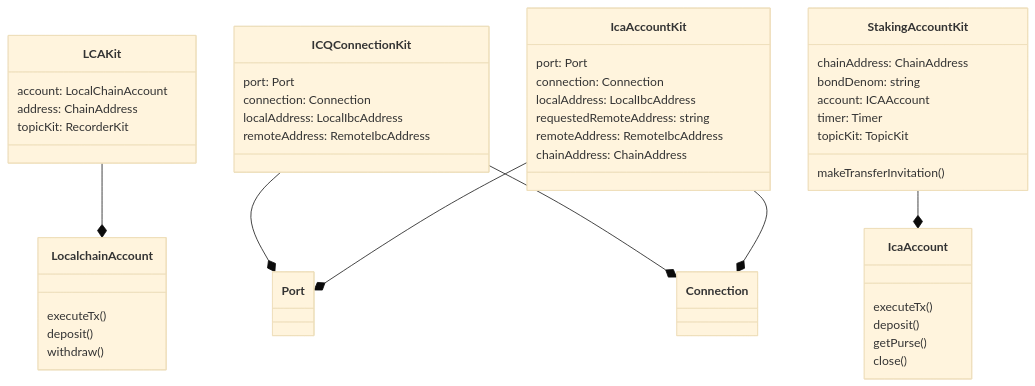
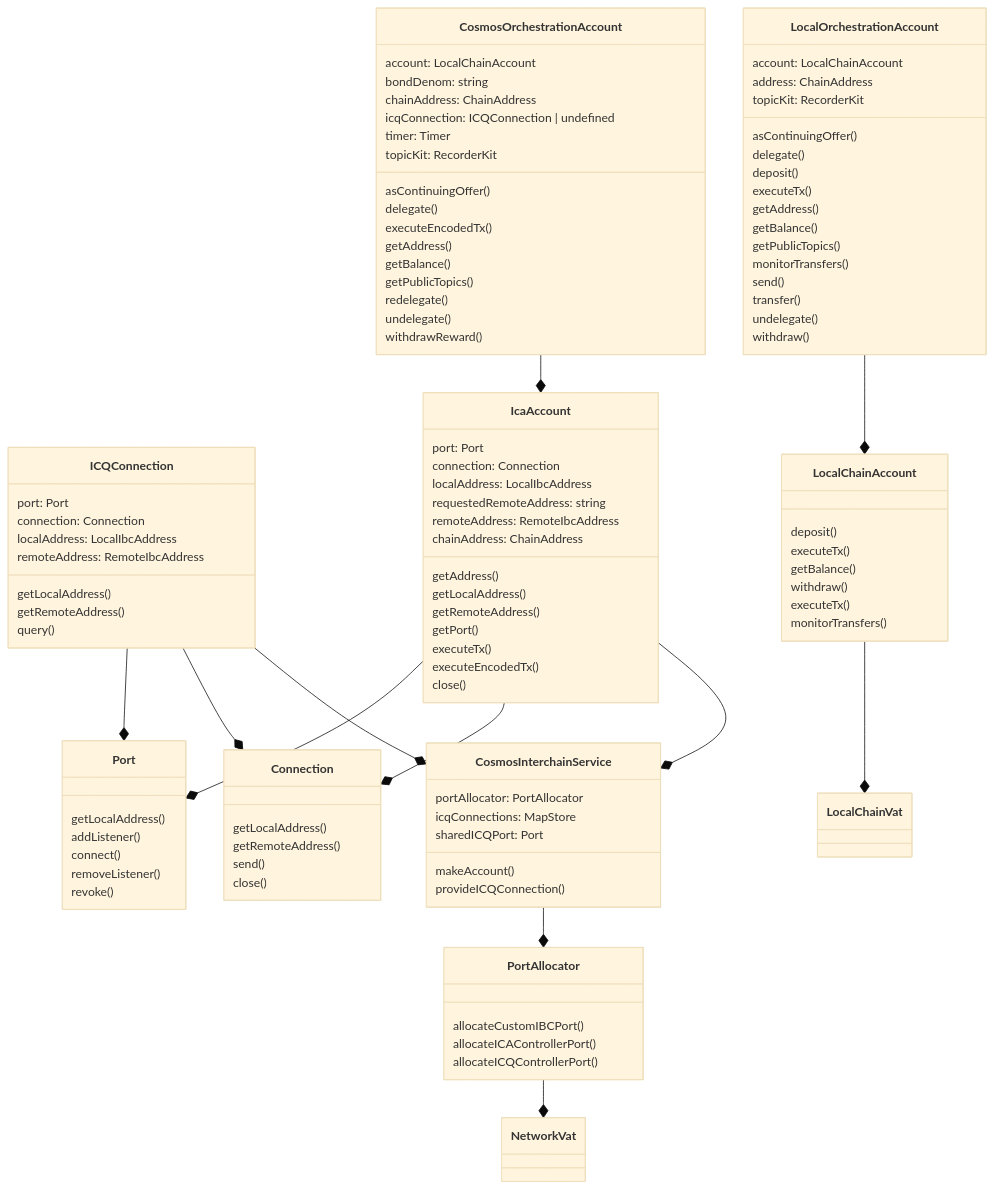
Before and after one commit to Agoric/agoric-sdk: the diagram in packages/orchestration/src/exos/README.md, drawn with Mermaid (base theme). The commit also changed other lines of this file, not shown here.

Commit message:
docs: update orchestration exo classDiagram

````diff
--- a/packages/orchestration/src/exos/README.md
+++ b/packages/orchestration/src/exos/README.md
@@ -6,51 +6,118 @@
 classDiagram
 
 %% Orchestration vat business logic (Zoe)
-    LCAKit --* LocalchainAccount
-    ICQConnectionKit --* Port
-    ICQConnectionKit --* Connection
-    IcaAccountKit --* Port
-    IcaAccountKit --* Connection
-    StakingAccountKit --* IcaAccount
+    ICQConnection --* Port
+    ICQConnection --* Connection
+    IcaAccount --* Port
+    IcaAccount --* Connection
+    IcaAccount --* CosmosInterchainService
+    ICQConnection --* CosmosInterchainService
+    CosmosInterchainService --* PortAllocator
+    PortAllocator --* NetworkVat
+    LocalChainAccount --* LocalChainVat
 
-    class IcaAccountKit {
+    class IcaAccount {
       port: Port
       connection: Connection
       localAddress: LocalIbcAddress
       requestedRemoteAddress: string
       remoteAddress: RemoteIbcAddress
       chainAddress: ChainAddress
+      getAddress()
+      getLocalAddress()
+      getRemoteAddress()
+      getPort()
+      executeTx()
+      executeEncodedTx()
+      close()
     }
-    class ICQConnectionKit {
+    class ICQConnection {
       port: Port
       connection: Connection
       localAddress: LocalIbcAddress
       remoteAddress: RemoteIbcAddress
+      getLocalAddress()
+      getRemoteAddress()
+      query()
     }
-    class StakingAccountKit {
-      chainAddress: ChainAddress 
-      bondDenom: string 
-      account: ICAAccount 
-      timer: Timer
-      topicKit: TopicKit
-      makeTransferInvitation()
+
+    class CosmosInterchainService {
+      portAllocator: PortAllocator
+      icqConnections: MapStore<ConnectionVersionKey, ICQConnection>
+      sharedICQPort: Port
+      makeAccount()
+      provideICQConnection()
     }
 
 %% In other vats
-    class LCAKit {
-        account: LocalChainAccount
-        address: ChainAddress
-        topicKit: RecorderKit<LocalChainAccountNotification>
+    class Port {
+      getLocalAddress()
+      addListener()
+      connect()
+      removeListener()
+      revoke()
     }
-    class LocalchainAccount {
-        executeTx()
-        deposit()
-        withdraw()
+
+    class Connection {
+      getLocalAddress()
+      getRemoteAddress()
+      send()
+      close()
     }
-    class IcaAccount {
-        executeTx()
-        deposit()
-        getPurse()
-        close()
+
+    class PortAllocator {
+      allocateCustomIBCPort()
+      allocateICAControllerPort()
+      allocateICQControllerPort()
+    }
+
+    class LocalChainAccount {
+      deposit()
+      executeTx()
+      getBalance()
+      withdraw()
+      executeTx()
+      monitorTransfers()
+    }
+
+%% In api consumer vats
+  
+    LocalOrchestrationAccount --* LocalChainAccount
+    CosmosOrchestrationAccount --* IcaAccount
+    
+    class LocalOrchestrationAccount {
+      account: LocalChainAccount
+      address: ChainAddress
+      topicKit: RecorderKit<OrchestrationAccountNotification>
+      asContinuingOffer()
+      delegate()
+      deposit()
+      executeTx()
+      getAddress()
+      getBalance()
+      getPublicTopics()
+      monitorTransfers()
+      send()
+      transfer()
+      undelegate()
+      withdraw()
+    }
+
+    class CosmosOrchestrationAccount {
+      account: LocalChainAccount
+      bondDenom: string
+      chainAddress: ChainAddress
+      icqConnection: ICQConnection | undefined
+      timer: Timer
+      topicKit: RecorderKit<OrchestrationAccountNotification>
+      asContinuingOffer()
+      delegate()
+      executeEncodedTx()
+      getAddress()
+      getBalance()
+      getPublicTopics()
+      redelegate()
+      undelegate()
+      withdrawReward()
     }
 ```
````
